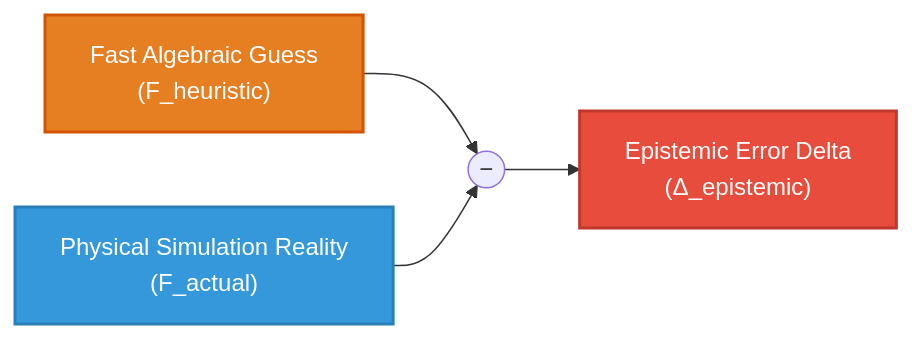
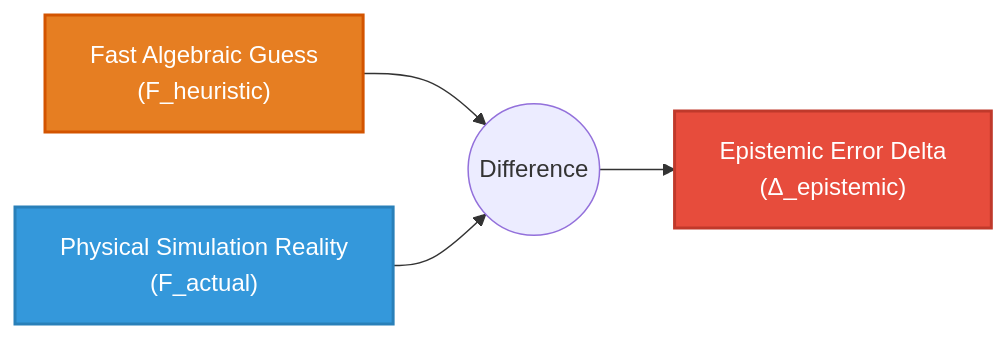
One commit to foersben/PHIDS changed the third of 3 diagrams in docs/scenario_guide/design_space_exploration.md. Above: the diagram before and after it, drawn with Mermaid. The commit also changed other lines of this file, not shown here.

Commit message:
docs(dse): fix Mermaid syntax errors for diagrams

````diff
--- a/docs/scenario_guide/design_space_exploration.md
+++ b/docs/scenario_guide/design_space_exploration.md
@@ -202,10 +205,10 @@
 ```mermaid
 flowchart LR
     classDef model fill:#E67E22,stroke:#D35400,stroke-width:2px,color:#fff;
     classDef sim fill:#3498DB,stroke:#2980B9,stroke-width:2px,color:#fff;
     classDef error fill:#E74C3C,stroke:#C0392B,stroke-width:2px,color:#fff;
 
-    Heuristic["Fast Algebraic Guess<br/>(F_heuristic)"]:::model --> Diff(("−"))
+    Heuristic["Fast Algebraic Guess<br/>(F_heuristic)"]:::model --> Diff(("Difference"))
     Sim["Physical Simulation Reality<br/>(F_actual)"]:::sim --> Diff
     Diff --> Delta["Epistemic Error Delta<br/>(Δ_epistemic)"]:::error
 ```
````
